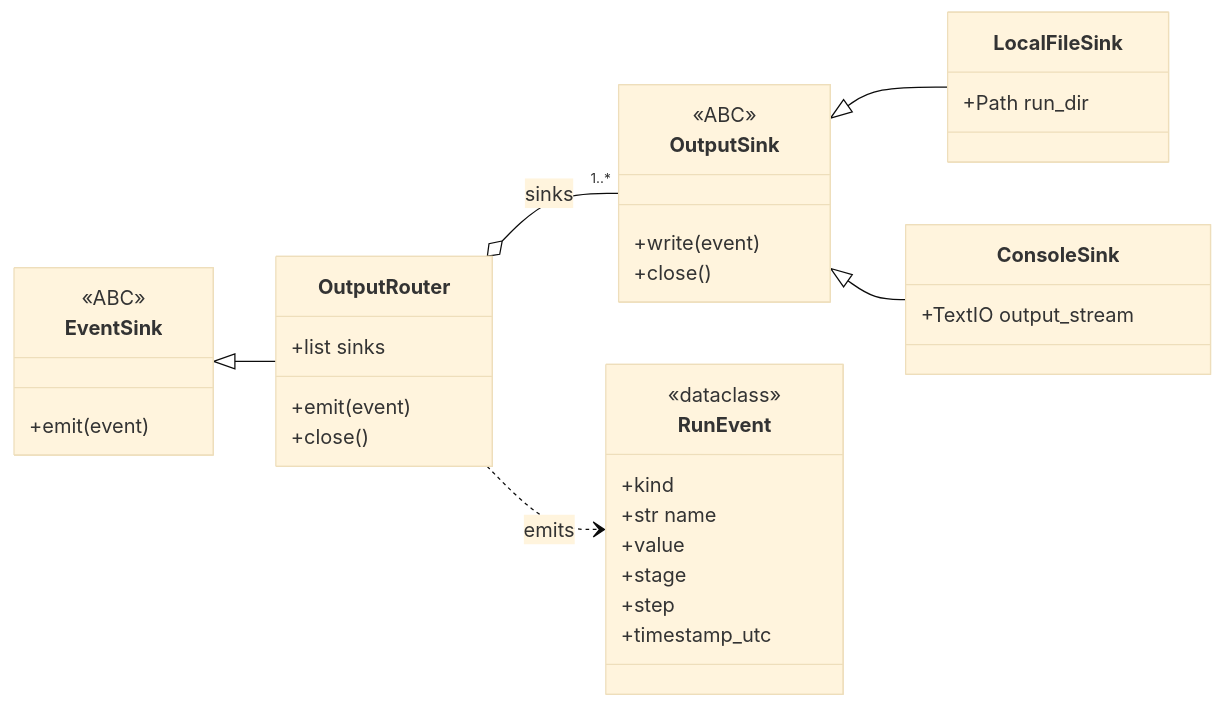
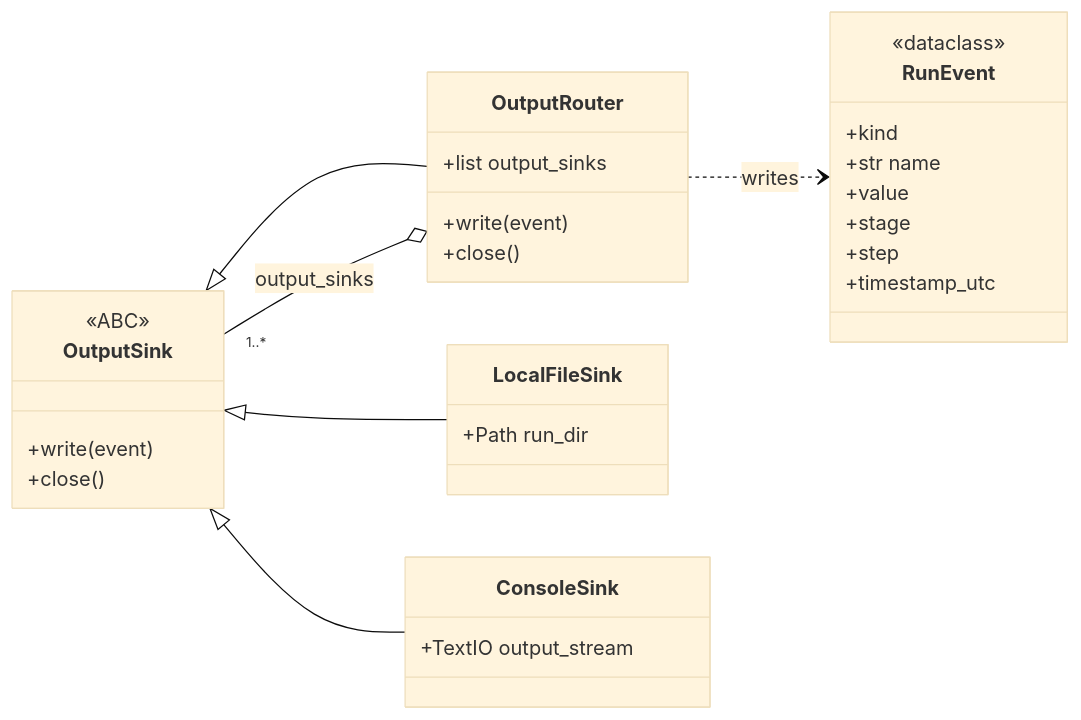
One commit to tile-and-error/imagenet-classification changed the sixth of 6 diagrams in PLAN.md. Above: the diagram before and after it, drawn with Mermaid (base theme). The commit also changed other lines of this file and 20 other files, not shown here.

````diff
--- a/PLAN.md
+++ b/PLAN.md
@@ -647,38 +634,34 @@
 ```mermaid
 classDiagram
     direction LR
-    class EventSink {
-        <<ABC>>
-        +emit(event)
-    }
     class OutputSink {
         <<ABC>>
         +write(event)
         +close()
     }
     class OutputRouter {
-        +list sinks
-        +emit(event)
+        +list output_sinks
+        +write(event)
         +close()
     }
     class LocalFileSink {
         +Path run_dir
     }
     class ConsoleSink {
         +TextIO output_stream
     }
     class RunEvent {
         <<dataclass>>
         +kind
         +str name
         +value
         +stage
         +step
         +timestamp_utc
     }
-    EventSink <|-- OutputRouter
+    OutputSink <|-- OutputRouter
     OutputSink <|-- LocalFileSink
     OutputSink <|-- ConsoleSink
-    OutputRouter o-- "1..*" OutputSink : sinks
-    OutputRouter ..> RunEvent : emits
+    OutputRouter o-- "1..*" OutputSink : output_sinks
+    OutputRouter ..> RunEvent : writes
 ```
````
